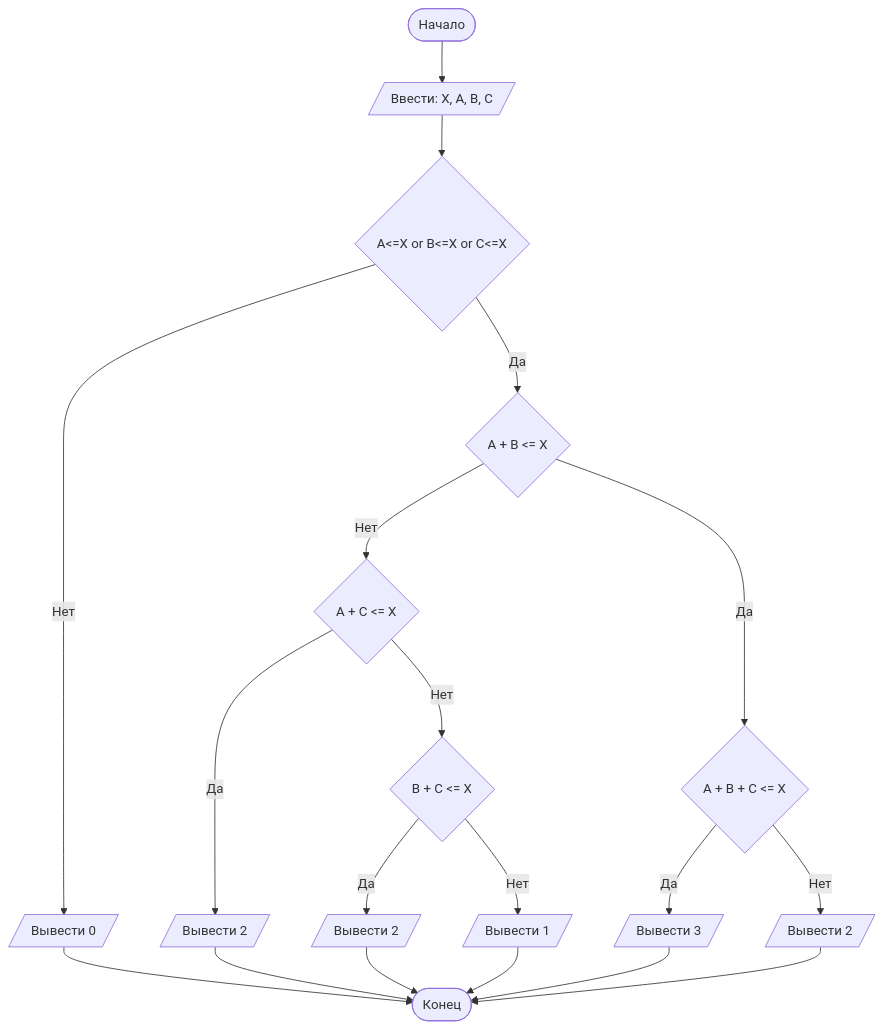
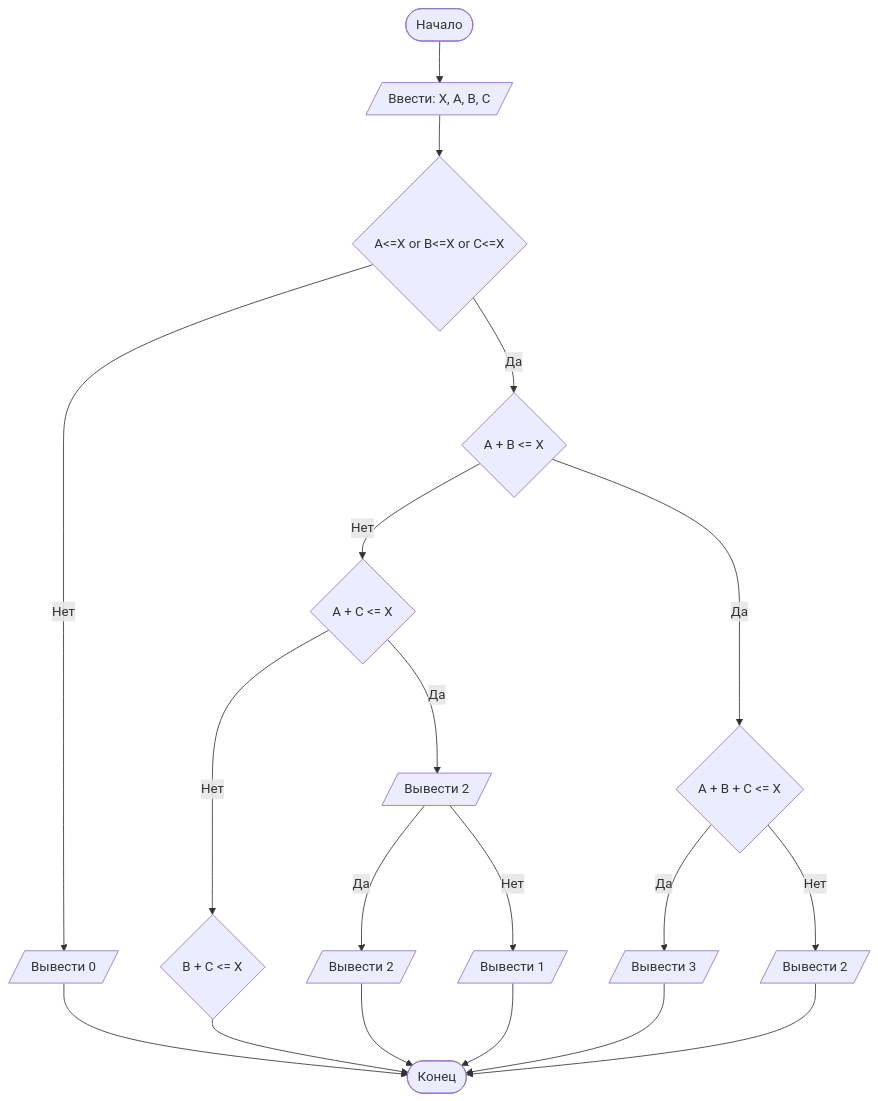
Before and after one commit to ArseniiMSorokin/Lab1: the diagram in README.md, drawn with Mermaid.

````diff
--- a/README.md
+++ b/README.md
@@ -120,22 +120,22 @@
 ```mermaid
 graph TD
     A([Начало]) --> B[/Ввести: X, A, B, C/]
     B --> C{A<=X or B<=X or C<=X}
     C -- Нет --> D[/Вывести 0/]
     C -- Да --> F{A + B <= X}
     F -- Нет --> G{A + C <= X}
-    G -- Да --> H[/Вывести 2/]
-    G -- Нет --> I{B + C <= X}
+    G -- Да --> I[/Вывести 2/]
+    G -- Нет --> H{B + C <= X}
     I -- Да --> J[/Вывести 2/]
     I -- Нет --> K[/Вывести 1/]
     F -- Да --> L{A + B + C <= X}
     L -- Да --> M[/Вывести 3/]
     L -- Нет --> N[/Вывести 2/]
     D --> Z
     H --> Z
     J --> Z
     K --> Z
     M --> Z
     N --> Z([Конец])    
 
 ```
````
